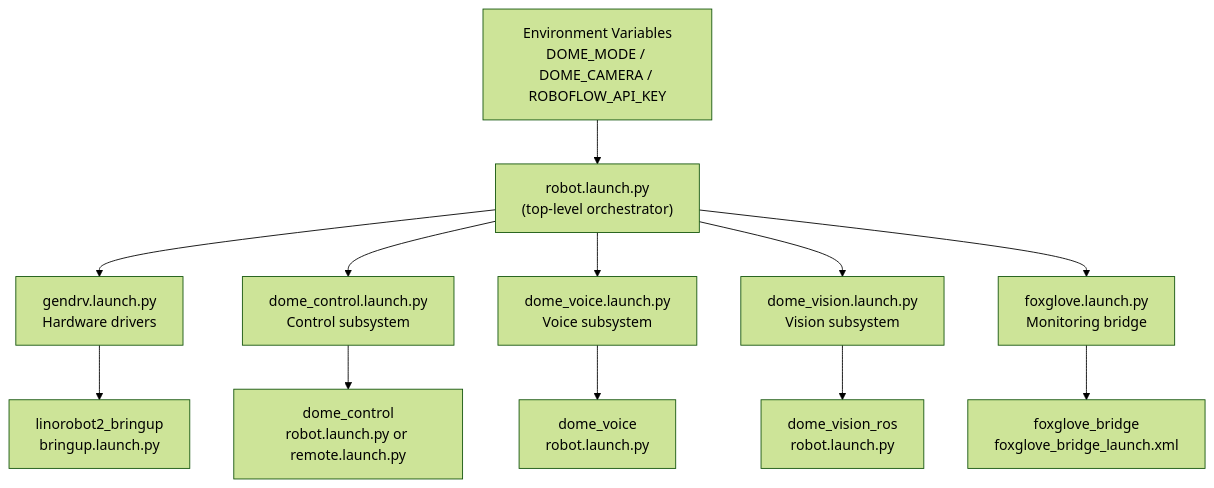
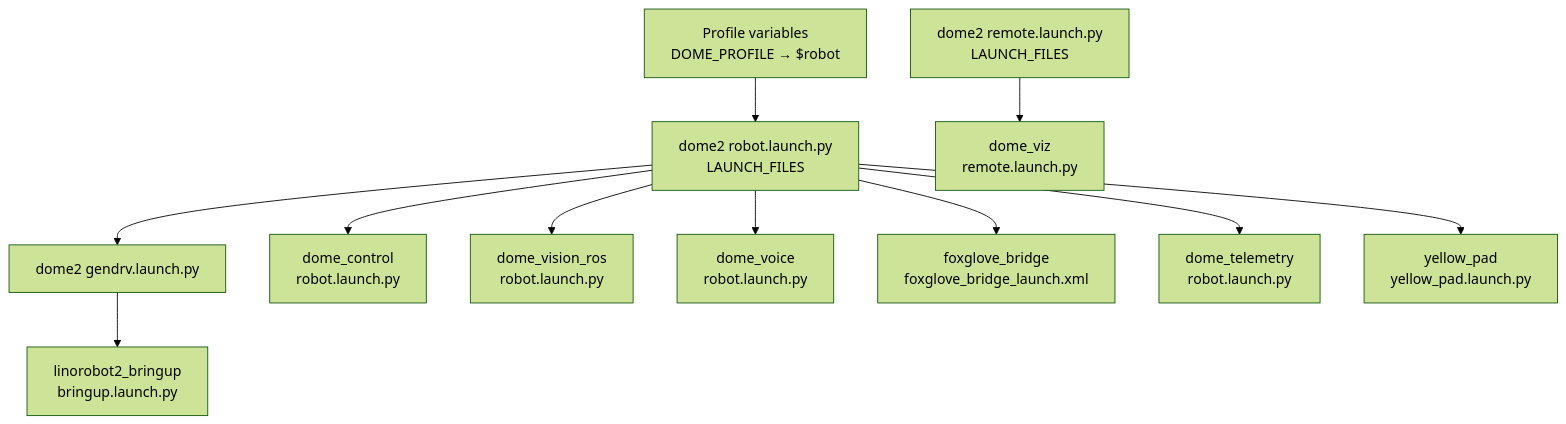
One commit to Boston-Robot-Hackers/dome2 changed the diagram in process/01-literate/01-dome2_architecture.md. Above: the diagram before and after it, drawn with Mermaid (forest theme). The commit also changed other lines of this file and 22 other files, not shown here.

````diff
--- a/process/01-literate/01-dome2_architecture.md
+++ b/process/01-literate/01-dome2_architecture.md
@@ -64,31 +38,26 @@
 ```mermaid
 graph TD
-    ENV["Environment Variables<br/>DOME_MODE / DOME_CAMERA / ROBOFLOW_API_KEY"]
-    
-    robot["robot.launch.py<br/>(top-level orchestrator)"]
-    
-    gendrv["gendrv.launch.py<br/>Hardware drivers"]
-    ctrl["dome_control.launch.py<br/>Control subsystem"]
-    voice["dome_voice.launch.py<br/>Voice subsystem"]
-    vision["dome_vision.launch.py<br/>Vision subsystem"]
-    fox["foxglove.launch.py<br/>Monitoring bridge"]
-    
+    ENV["Profile variables<br/>DOME_PROFILE → $robot"]
+    robot["dome2 robot.launch.py<br/>LAUNCH_FILES"]
+    remote["dome2 remote.launch.py<br/>LAUNCH_FILES"]
+
+    gendrv["dome2 gendrv.launch.py"]
     lino["linorobot2_bringup<br/>bringup.launch.py"]
-    dc["dome_control<br/>robot.launch.py or remote.launch.py"]
+    dc["dome_control<br/>robot.launch.py"]
+    dvr["dome_vision_ros<br/>robot.launch.py"]
     dv["dome_voice<br/>robot.launch.py"]
-    dvr["dome_vision_ros<br/>robot.launch.py"]
-    foxb["foxglove_bridge<br/>foxglove_bridge_launch.xml"]
-    
+    fox["foxglove_bridge<br/>foxglove_bridge_launch.xml"]
+    tel["dome_telemetry<br/>robot.launch.py"]
+    yp["yellow_pad<br/>yellow_pad.launch.py"]
+    viz["dome_viz<br/>remote.launch.py"]
+
     ENV --> robot
-    robot --> gendrv
-    robot --> ctrl
-    robot --> voice
-    robot --> vision
+    robot --> gendrv --> lino
+    robot --> dc
+    robot --> dvr
+    robot --> dv
     robot --> fox
-    
-    gendrv --> lino
-    ctrl --> dc
-    voice --> dv
-    vision --> dvr
-    fox --> foxb
+    robot --> tel
+    robot --> yp
+    remote --> viz
 ```
````
